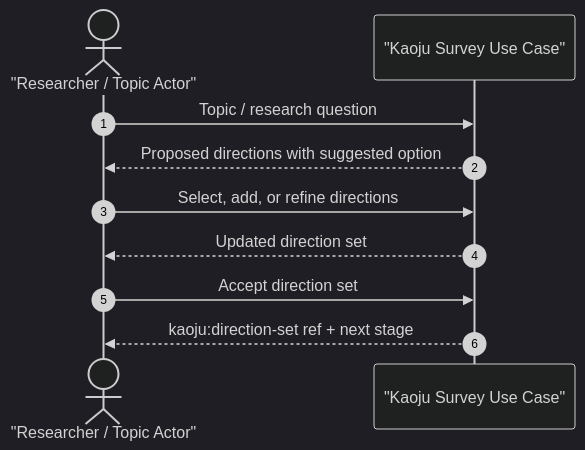
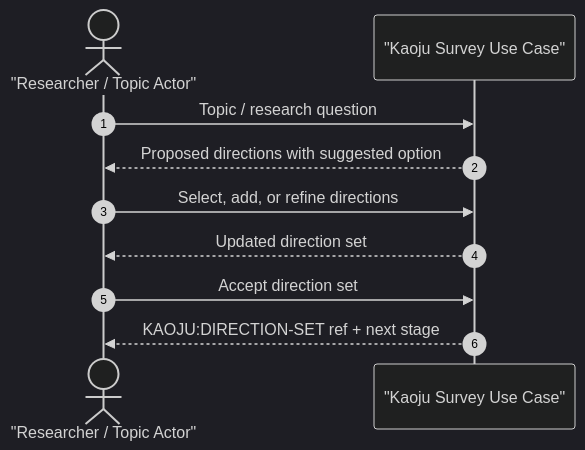
Before and after one commit to CodeGandee/isomer-labs: the second of 2 diagrams in context/features/2026-07-14-kaoju-survey-process-usecases/usecases/uc-01-survey-direction-from-topic.md, drawn with Mermaid (dark theme). The commit also changed other lines of this file and 309 other files, not shown here.

````diff
--- a/context/features/2026-07-14-kaoju-survey-process-usecases/usecases/uc-01-survey-direction-from-topic.md
+++ b/context/features/2026-07-14-kaoju-survey-process-usecases/usecases/uc-01-survey-direction-from-topic.md
@@ -86,13 +86,13 @@
 ```mermaid
 sequenceDiagram
   autonumber
   actor Researcher as "Researcher / Topic Actor"
   participant System as "Kaoju Survey Use Case"
 
   Researcher->>System: Topic / research question
   System-->>Researcher: Proposed directions with suggested option
   Researcher->>System: Select, add, or refine directions
   System-->>Researcher: Updated direction set
   Researcher->>System: Accept direction set
-  System-->>Researcher: kaoju:direction-set ref + next stage
+  System-->>Researcher: KAOJU:DIRECTION-SET ref + next stage
 ```
````
